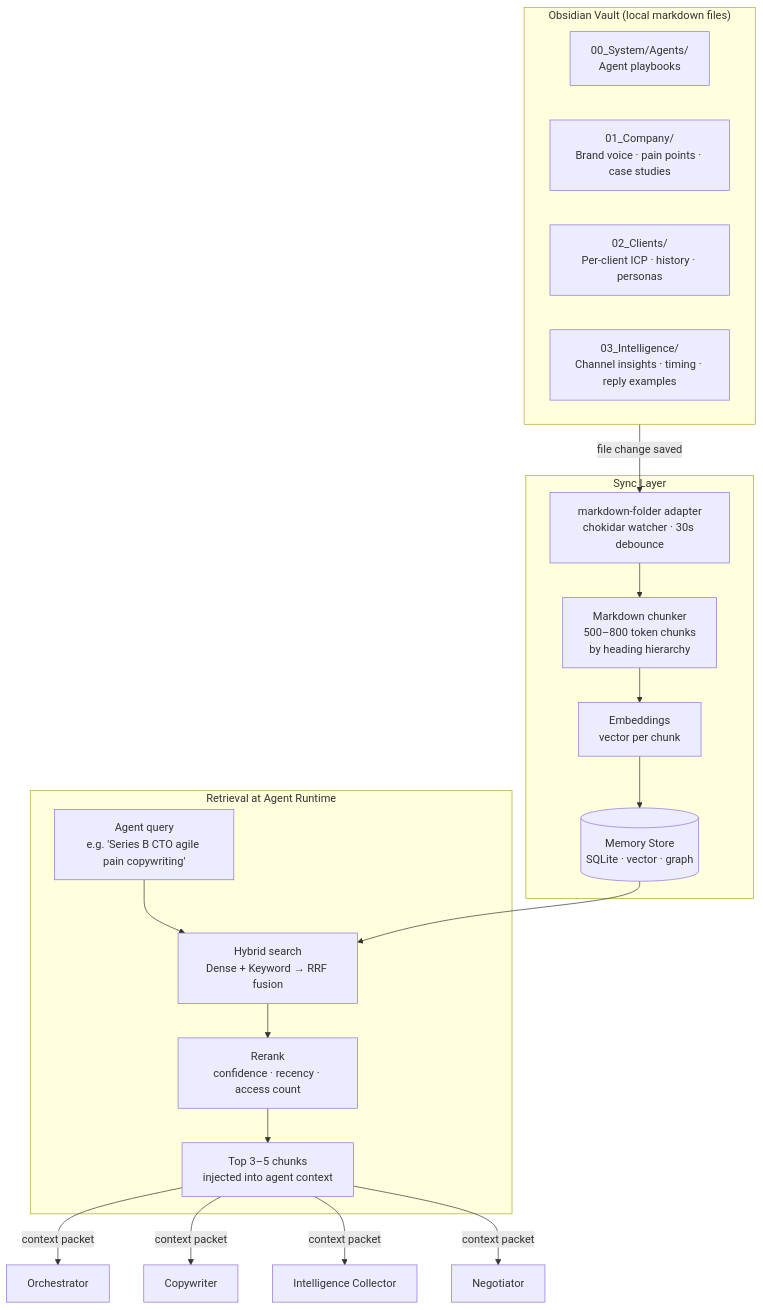
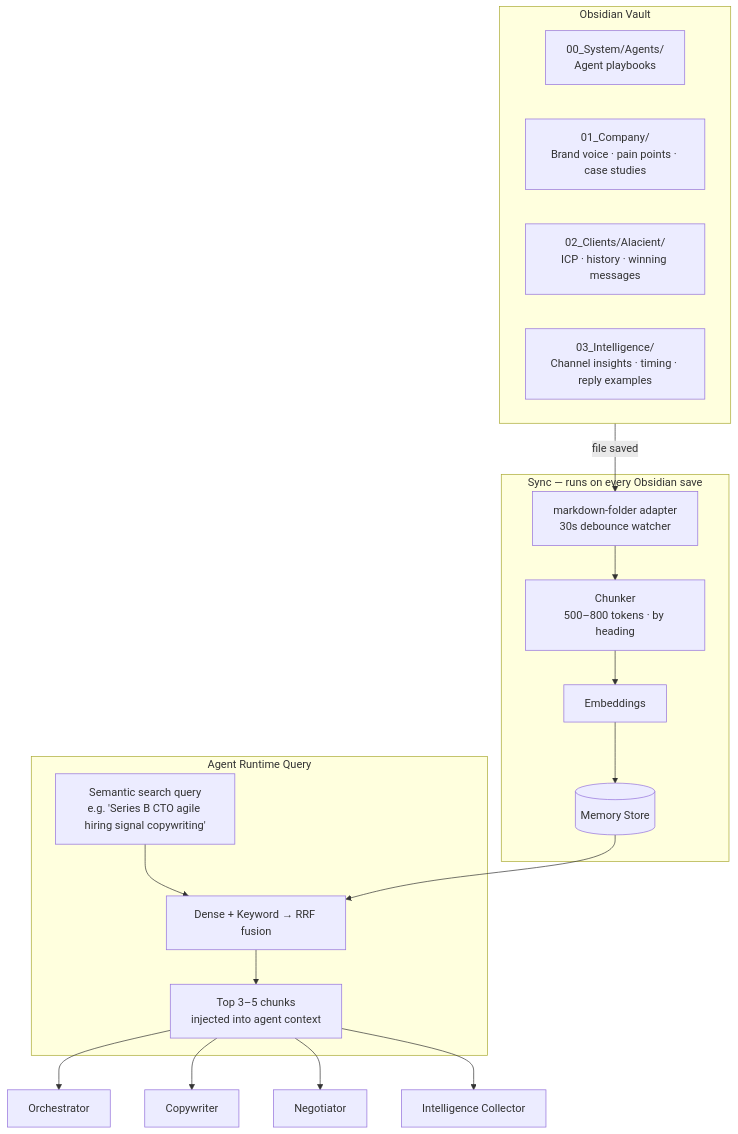
The fourth of 5 diagrams in docs/AGENTIC-SYSTEM.md (Nibalee/YALC-the-GTM-operating-system), drawn with Mermaid before and after one commit. The commit also changed other lines of this file and 2 other files, not shown here.

Commit message:
add Slack/Discord notifications, scheduled triggers, and 24/7 reply architecture

````diff
--- a/docs/AGENTIC-SYSTEM.md
+++ b/docs/AGENTIC-SYSTEM.md
@@ -340,33 +476,31 @@
 ```mermaid
 graph TD
-    subgraph VAULT["Obsidian Vault (local markdown files)"]
+    subgraph VAULT["Obsidian Vault"]
         A0[00_System/Agents/\nAgent playbooks]
         A1[01_Company/\nBrand voice · pain points · case studies]
-        A2[02_Clients/\nPer-client ICP · history · personas]
+        A2[02_Clients/Alacient/\nICP · history · winning messages]
         A3[03_Intelligence/\nChannel insights · timing · reply examples]
     end
 
-    subgraph SYNC["Sync Layer"]
-        ADP[markdown-folder adapter\nchokidar watcher · 30s debounce]
-        CHK[Markdown chunker\n500–800 token chunks\nby heading hierarchy]
-        EMB[Embeddings\nvector per chunk]
-        MEM[(Memory Store\nSQLite · vector · graph)]
+    subgraph SYNC["Sync — runs on every Obsidian save"]
+        ADP[markdown-folder adapter\n30s debounce watcher]
+        CHK[Chunker\n500–800 tokens · by heading]
+        EMB[Embeddings]
+        MEM[(Memory Store)]
     end
 
-    subgraph RETRIEVAL["Retrieval at Agent Runtime"]
-        QRY[Agent query\ne.g. 'Series B CTO agile pain copywriting']
-        RRF[Hybrid search\nDense + Keyword → RRF fusion]
-        RNK[Rerank\nconfidence · recency · access count]
+    subgraph QUERY["Agent Runtime Query"]
+        Q[Semantic search query\ne.g. 'Series B CTO agile hiring signal copywriting']
+        RRF[Dense + Keyword → RRF fusion]
         TOP[Top 3–5 chunks\ninjected into agent context]
     end
 
-    VAULT -->|file change saved| ADP
-    ADP --> CHK --> EMB --> MEM
-    QRY --> RRF
-    MEM --> RRF --> RNK --> TOP
+    VAULT -->|file saved| ADP --> CHK --> EMB --> MEM
+    Q --> RRF
+    MEM --> RRF --> TOP
 
-    TOP -->|context packet| ORC[Orchestrator]
-    TOP -->|context packet| CPY[Copywriter]
-    TOP -->|context packet| INT[Intelligence Collector]
-    TOP -->|context packet| NEG[Negotiator]
+    TOP --> ORC[Orchestrator]
+    TOP --> CPY[Copywriter]
+    TOP --> NEG[Negotiator]
+    TOP --> INT[Intelligence Collector]
 ```
````
